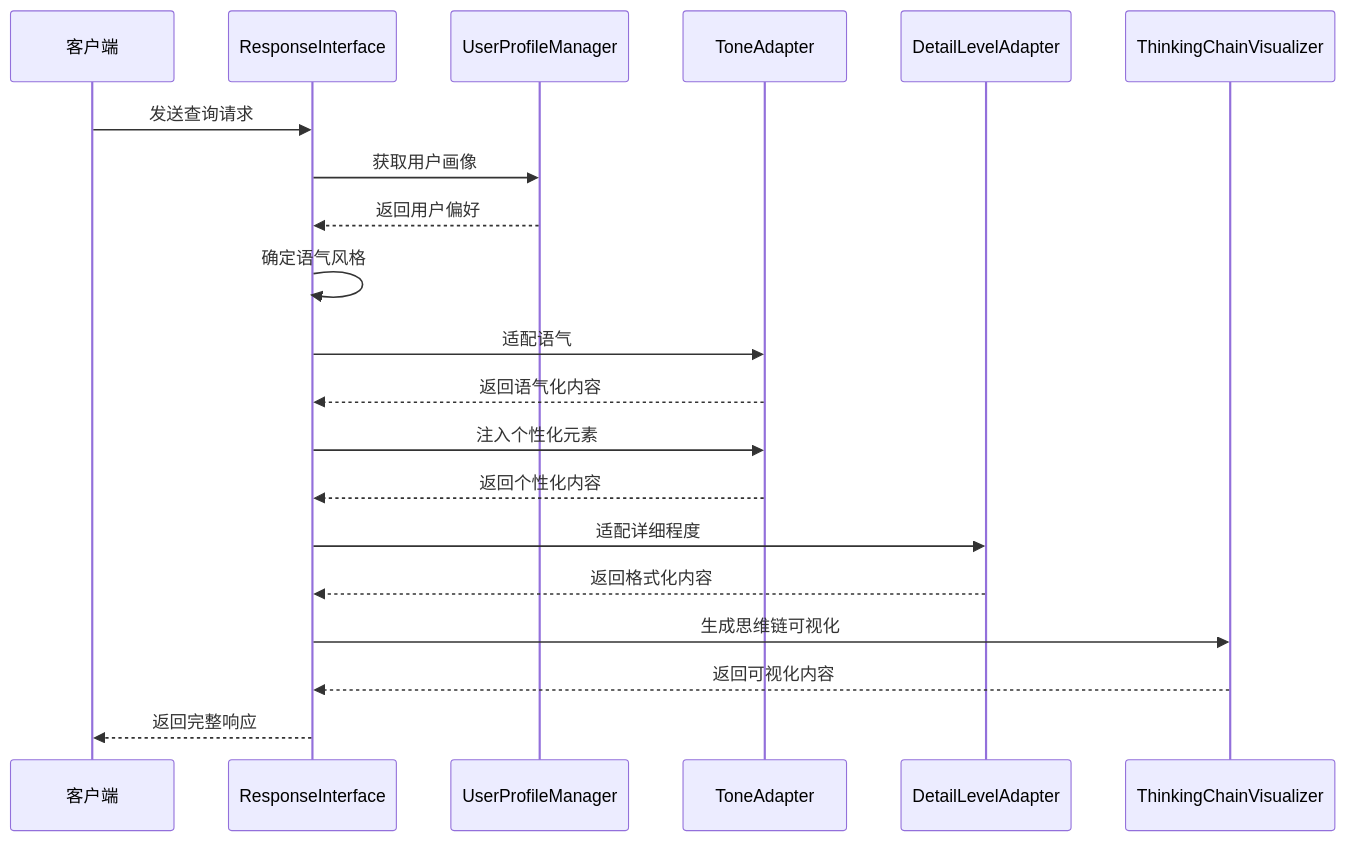
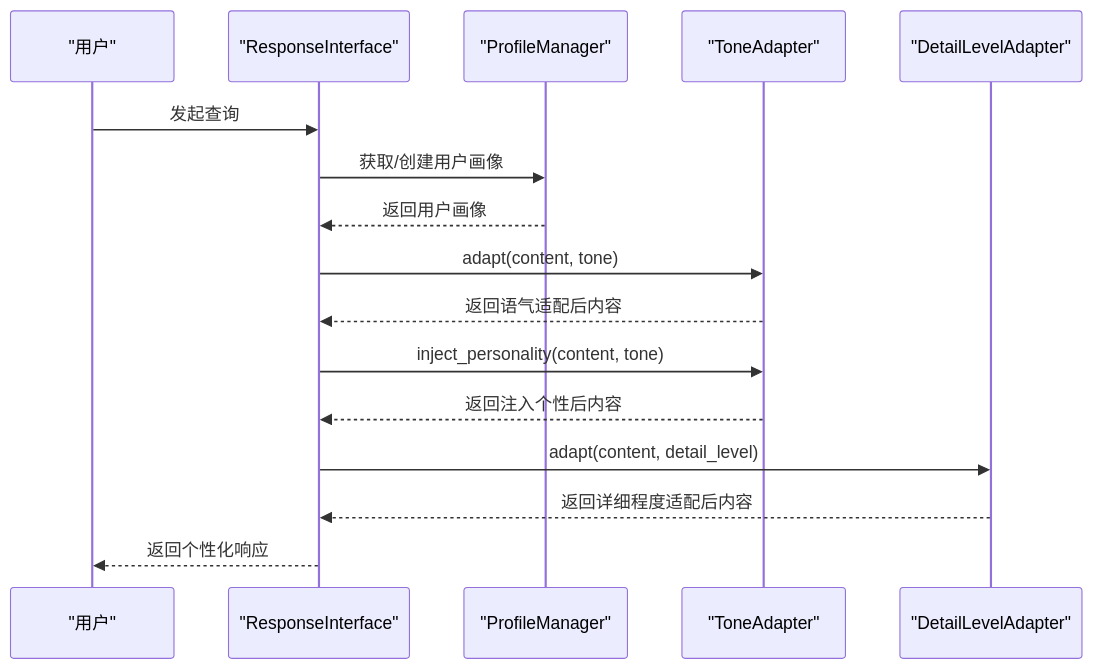
One commit to JieGaoPrinceton/NecoRAG changed the second of 6 diagrams in .qoder/repowiki/zh/content/交互层模块/语气适配器.md. Above: the diagram before and after it, drawn with Mermaid. The commit also changed other lines of this file and 181 other files, not shown here.

````diff
--- a/.qoder/repowiki/zh/content/交互层模块/语气适配器.md
+++ b/.qoder/repowiki/zh/content/交互层模块/语气适配器.md
@@ -91,22 +88,18 @@
 ```mermaid
 sequenceDiagram
-participant Client as 客户端
-participant RI as ResponseInterface
-participant PM as UserProfileManager
-participant TA as ToneAdapter
-participant DA as DetailLevelAdapter
-participant TV as ThinkingChainVisualizer
-Client->>RI : 发送查询请求
-RI->>PM : 获取用户画像
-PM-->>RI : 返回用户偏好
-RI->>RI : 确定语气风格
-RI->>TA : 适配语气
-TA-->>RI : 返回语气化内容
-RI->>TA : 注入个性化元素
-TA-->>RI : 返回个性化内容
-RI->>DA : 适配详细程度
-DA-->>RI : 返回格式化内容
-RI->>TV : 生成思维链可视化
-TV-->>RI : 返回可视化内容
-RI-->>Client : 返回完整响应
+participant User as "用户"
+participant RI as "ResponseInterface"
+participant PM as "ProfileManager"
+participant TA as "ToneAdapter"
+participant DLA as "DetailLevelAdapter"
+User->>RI : 发起查询
+RI->>PM : 获取/创建用户画像
+PM-->>RI : 返回用户画像
+RI->>TA : adapt(content, tone)
+TA-->>RI : 返回语气适配后内容
+RI->>TA : inject_personality(content, tone)
+TA-->>RI : 返回注入个性后内容
+RI->>DLA : adapt(content, detail_level)
+DLA-->>RI : 返回详细程度适配后内容
+RI-->>User : 返回个性化响应
 ```
````
